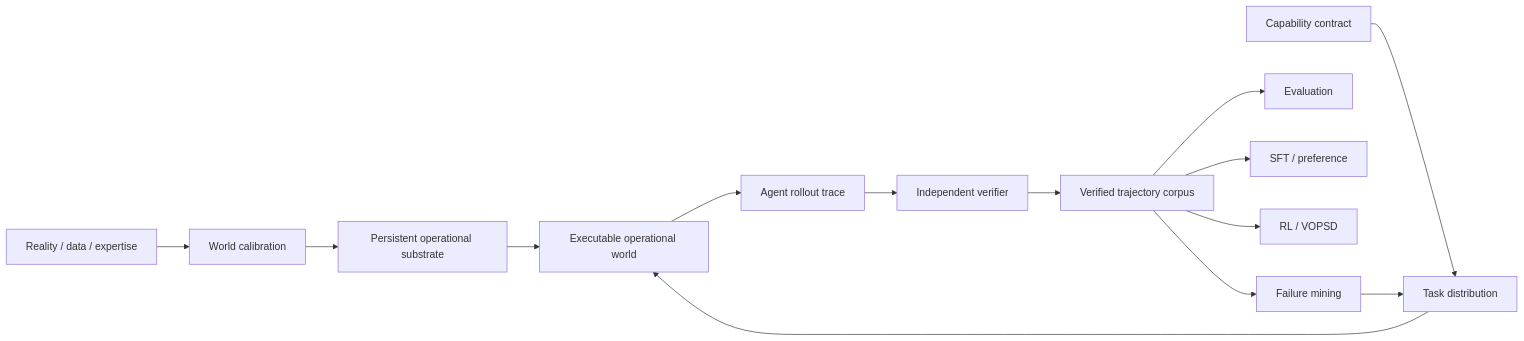
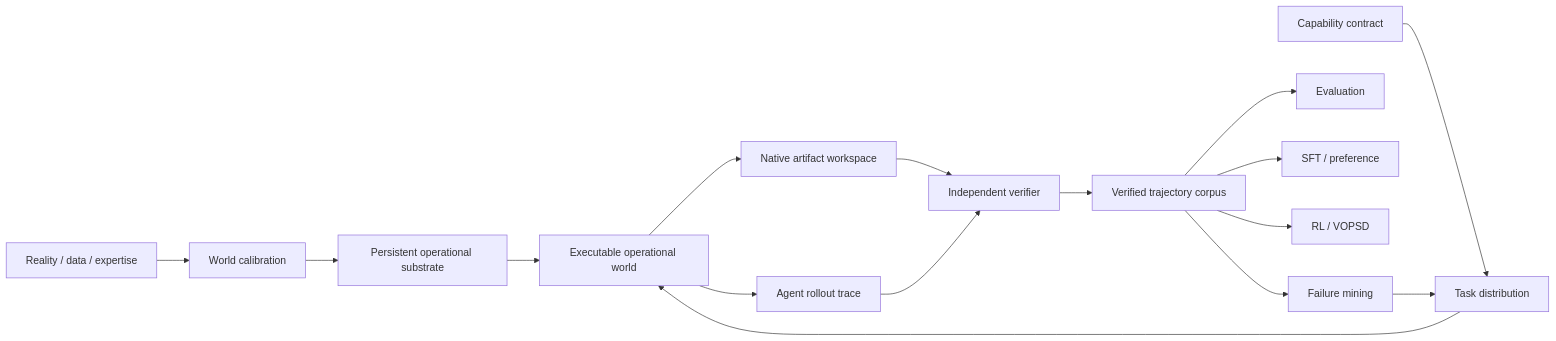
Before and after one commit to FPC-effortless/veritas: the diagram in README.md, drawn with Mermaid. The commit also changed other lines of this file, not shown here.

Commit message:
Document Veritas 0.9 native artifact execution

````diff
--- a/README.md
+++ b/README.md
@@ -32,16 +36,18 @@
 ```mermaid
 flowchart LR
   D[Reality / data / expertise] --> C[World calibration]
   C --> P[Persistent operational substrate]
   K[Capability contract] --> T[Task distribution]
   T --> W[Executable operational world]
   P --> W
+  W --> N[Native artifact workspace]
   W --> A[Agent rollout trace]
-  A --> V[Independent verifier]
+  N --> V[Independent verifier]
+  A --> V
   V --> X[Verified trajectory corpus]
   X --> E[Evaluation]
   X --> S[SFT / preference]
   X --> R[RL / VOPSD]
   X --> F[Failure mining]
   F --> T
 ```
````
